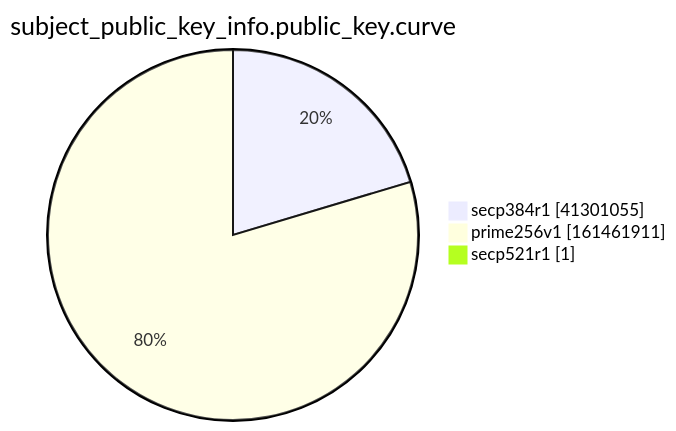
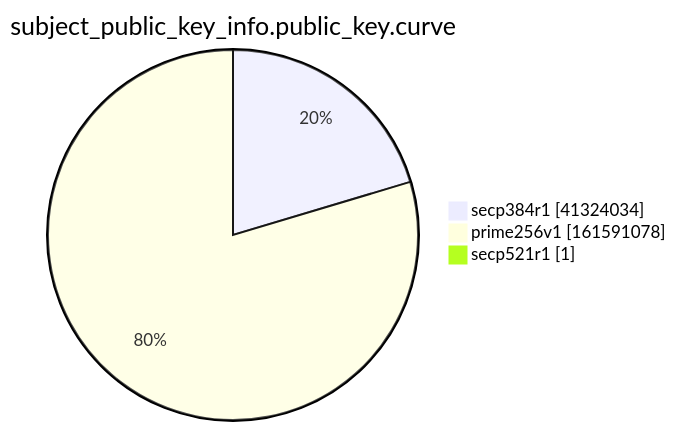
Before and after one commit to christiankrug/ctmonitor_visualization: the ninth of 15 diagrams in xenon2022/README.md, drawn with Mermaid. The commit also changed other lines of this file, not shown here.

````diff
--- a/xenon2022/README.md
+++ b/xenon2022/README.md
@@ -2868,7 +2868,7 @@
 ```mermaid
 pie showData
 title subject_public_key_info.public_key.curve
-"secp384r1" :41301055
-"prime256v1" :161461911
+"secp384r1" :41324034
+"prime256v1" :161591078
 "secp521r1" :1
 ```
````
